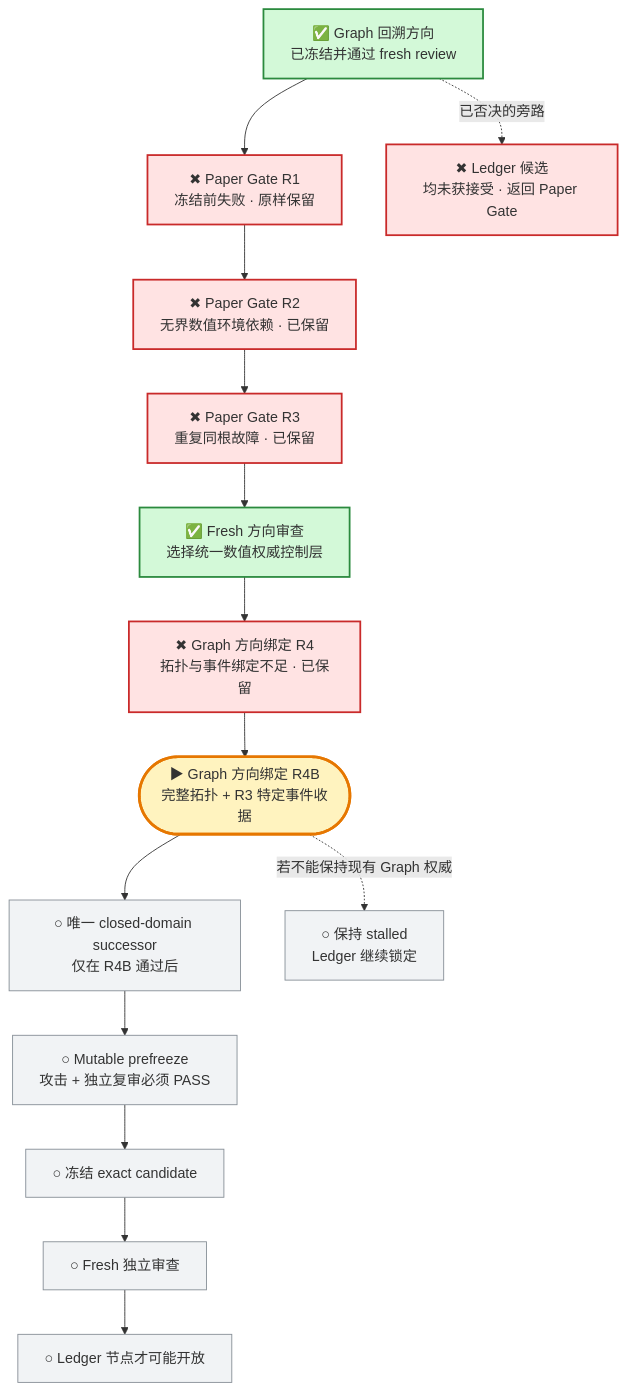
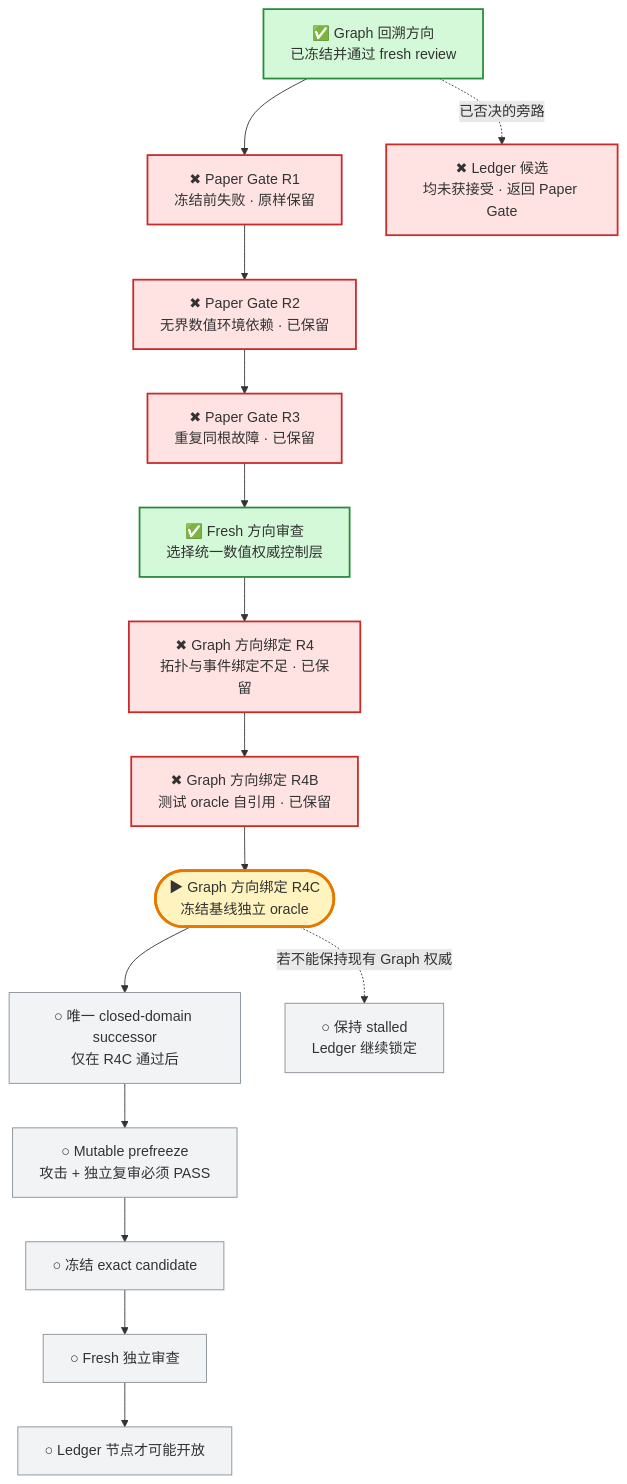
One commit to j-a-v-e-n/knowledge-vault changed the first of 2 diagrams in MyBrain/automation/reports/investment-discipline-system/CURRENT_PROGRESS.md. Above: the diagram before and after it, drawn with Mermaid. The commit also changed other lines of this file, not shown here.

````diff
--- a/MyBrain/automation/reports/investment-discipline-system/CURRENT_PROGRESS.md
+++ b/MyBrain/automation/reports/investment-discipline-system/CURRENT_PROGRESS.md
@@ -7,27 +7,28 @@
 ```mermaid
 flowchart TB
     G["✅ Graph 回溯方向<br/>已冻结并通过 fresh review"] --> R1["✖ Paper Gate R1<br/>冻结前失败 · 原样保留"]
     R1 --> R2["✖ Paper Gate R2<br/>无界数值环境依赖 · 已保留"]
     R2 --> R3["✖ Paper Gate R3<br/>重复同根故障 · 已保留"]
     R3 --> D["✅ Fresh 方向审查<br/>选择统一数值权威控制层"]
     D --> Q["✖ Graph 方向绑定 R4<br/>拓扑与事件绑定不足 · 已保留"]
-    Q --> B(["▶ Graph 方向绑定 R4B<br/>完整拓扑 + R3 特定事件收据"])
-    B --> S["○ 唯一 closed-domain successor<br/>仅在 R4B 通过后"]
-    B -. "若不能保持现有 Graph 权威" .-> H["○ 保持 stalled<br/>Ledger 继续锁定"]
+    Q --> B["✖ Graph 方向绑定 R4B<br/>测试 oracle 自引用 · 已保留"]
+    B --> C(["▶ Graph 方向绑定 R4C<br/>冻结基线独立 oracle"])
+    C --> S["○ 唯一 closed-domain successor<br/>仅在 R4C 通过后"]
+    C -. "若不能保持现有 Graph 权威" .-> H["○ 保持 stalled<br/>Ledger 继续锁定"]
     S --> P["○ Mutable prefreeze<br/>攻击 + 独立复审必须 PASS"]
     P --> F["○ 冻结 exact candidate"]
     F --> V["○ Fresh 独立审查"]
     V --> L["○ Ledger 节点才可能开放"]
 
     G -. "已否决的旁路" .-> X["✖ Ledger 候选<br/>均未获接受 · 返回 Paper Gate"]
 
     classDef done fill:#d3f9d8,stroke:#2b8a3e,stroke-width:2px;
     classDef current fill:#fff3bf,stroke:#e67700,stroke-width:3px;
     classDef failed fill:#ffe3e3,stroke:#c92a2a,stroke-width:2px;
     classDef pending fill:#f1f3f5,stroke:#868e96;
     class G done;
     class D done;
-    class B current;
-    class R1,R2,R3,Q,X failed;
+    class C current;
+    class R1,R2,R3,Q,B,X failed;
     class S,H,P,F,V,L pending;
 ```
````
